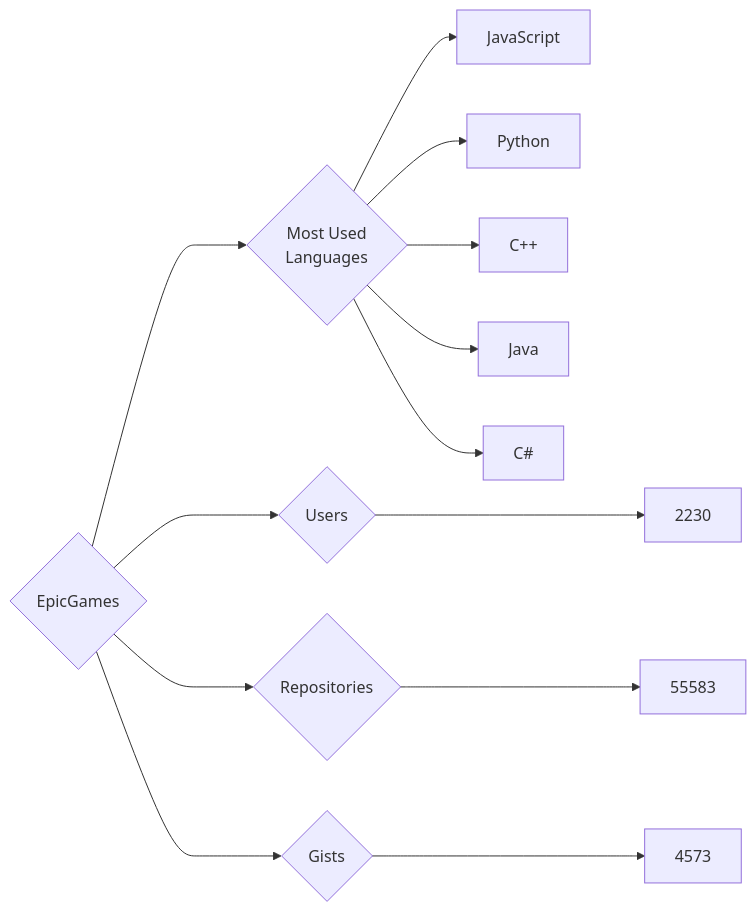
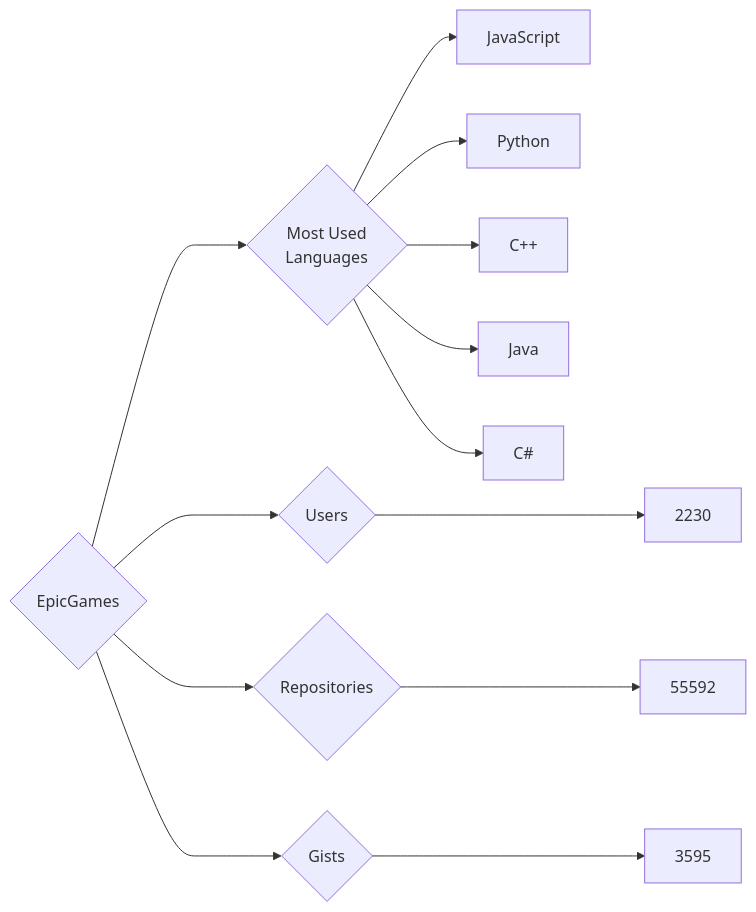
Before and after one commit to trickest/insiders: the diagram in targets/EpicGames/README.md, drawn with Mermaid. The commit also changed 973 other files, not shown here.

````diff
--- a/targets/EpicGames/README.md
+++ b/targets/EpicGames/README.md
@@ -3,13 +3,13 @@
 ```mermaid
 graph LR
 COMPANY_NAME{EpicGames}
 COMPANY_NAME ---> U{Users} ---> UN[2230]
-COMPANY_NAME ---> R{Repositories} ---> RN[55583]
-COMPANY_NAME ---> G{Gists} ---> GN[4573]
+COMPANY_NAME ---> R{Repositories} ---> RN[55592]
+COMPANY_NAME ---> G{Gists} ---> GN[3595]
 COMPANY_NAME ---> ML{Most Used<br>Languages}
 ML --> JavaScript[JavaScript]
 ML --> Python[Python]
 ML --> C++[C++]
 ML --> Java[Java]
 ML --> C#[C#]
 ```
````
